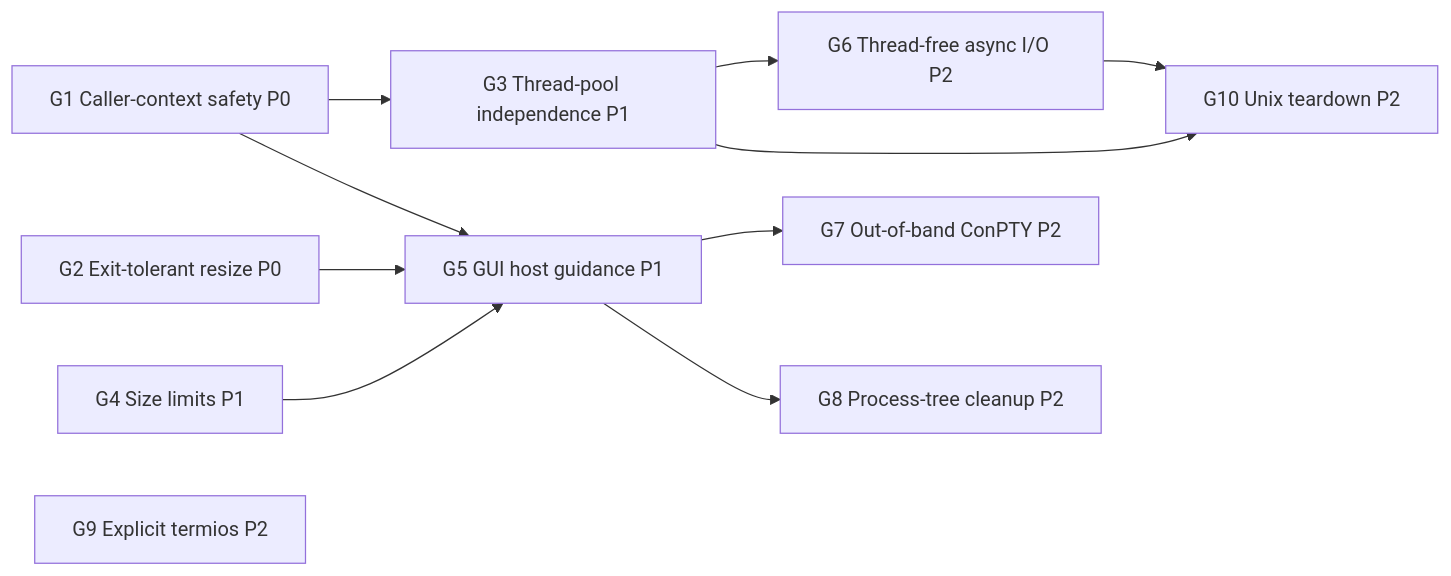
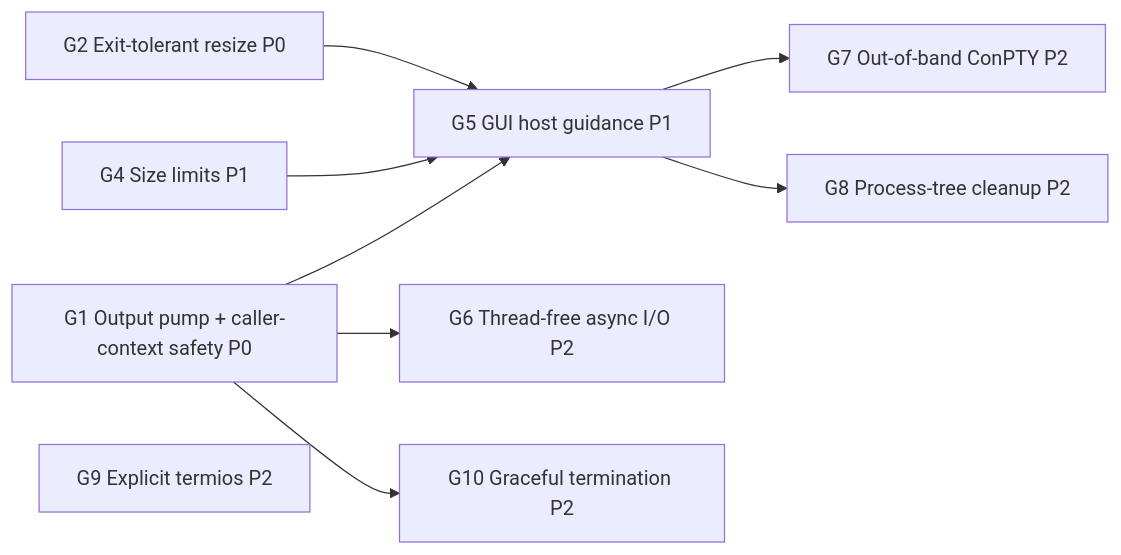
Before and after one commit to guitarrapc/MiniPty: the diagram in .github/docs/plans/plan_gui_host_readiness.md, drawn with Mermaid. The commit also changed other lines of this file, not shown here.

````diff
--- a/.github/docs/plans/plan_gui_host_readiness.md
+++ b/.github/docs/plans/plan_gui_host_readiness.md
@@ -338,23 +421,20 @@
 ```mermaid
 flowchart LR
-    G1[G1 Caller-context safety P0]
+    G1[G1 Output pump + caller-context safety P0]
     G2[G2 Exit-tolerant resize P0]
-    G3[G3 Thread-pool independence P1]
     G4[G4 Size limits P1]
     G5[G5 GUI host guidance P1]
     G6[G6 Thread-free async I/O P2]
     G9[G9 Explicit termios P2]
-    G10[G10 Unix teardown P2]
+    G10[G10 Graceful termination P2]
     G7[G7 Out-of-band ConPTY P2]
     G8[G8 Process-tree cleanup P2]
 
-    G1 --> G3
+    G1 --> G5
     G2 --> G5
-    G1 --> G5
-    G3 --> G6
-    G3 --> G10
-    G6 --> G10
+    G4 --> G5
+    G1 --> G6
+    G1 --> G10
     G5 --> G7
     G5 --> G8
-    G4 --> G5
 ```
````
